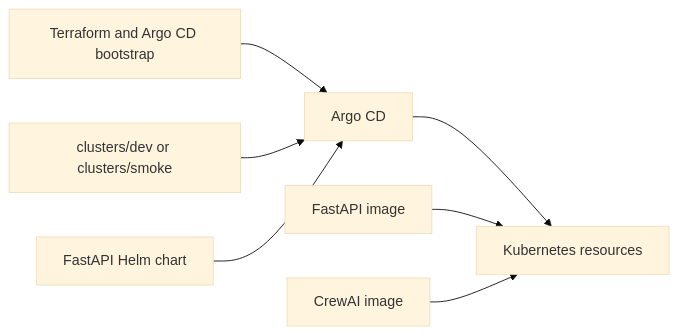
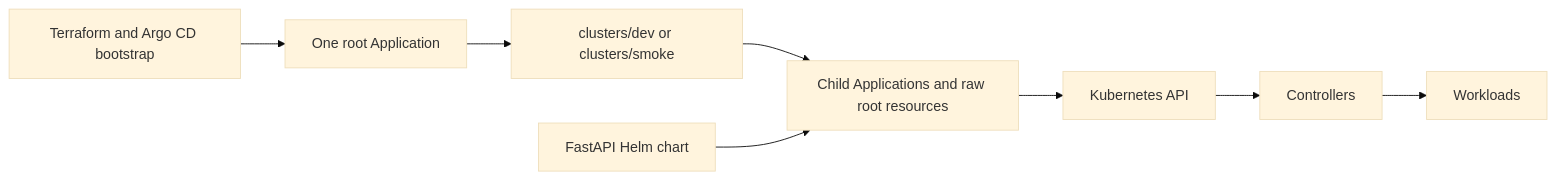
One commit to justgithubaccount/app-poly-gitops-k8s changed the diagram in docs/architecture.md. Above: the diagram before and after it, drawn with Mermaid (base theme). The commit also changed other lines of this file and 7 other files, not shown here.

First line of the commit message:
chore(no-release): clarify GitOps ownership and validation

```diff
--- a/docs/architecture.md
+++ b/docs/architecture.md
@@ -10,9 +10,10 @@
 ~~~mermaid
 flowchart LR
-    Infra[Terraform and Argo CD bootstrap] --> Argo[Argo CD]
-    GitOps[clusters/dev or clusters/smoke] --> Argo
-    Helm[FastAPI Helm chart] --> Argo
-    Argo --> Cluster[Kubernetes resources]
-    FastAPI[FastAPI image] --> Cluster
-    CrewAI[CrewAI image] --> Cluster
+    Infra[Terraform and Argo CD bootstrap] --> Root[One root Application]
+    Root --> GitOps[clusters/dev or clusters/smoke]
+    GitOps --> Child[Child Applications and raw root resources]
+    Helm[FastAPI Helm chart] --> Child
+    Child --> API[Kubernetes API]
+    API --> Controllers[Controllers]
+    Controllers --> Workloads[Workloads]
 ~~~
```
